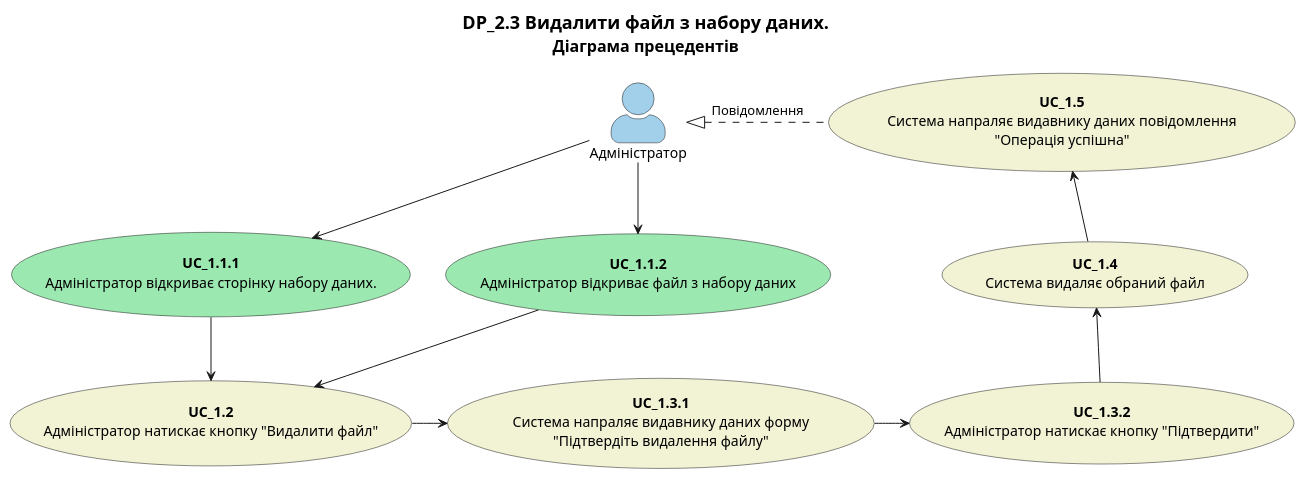
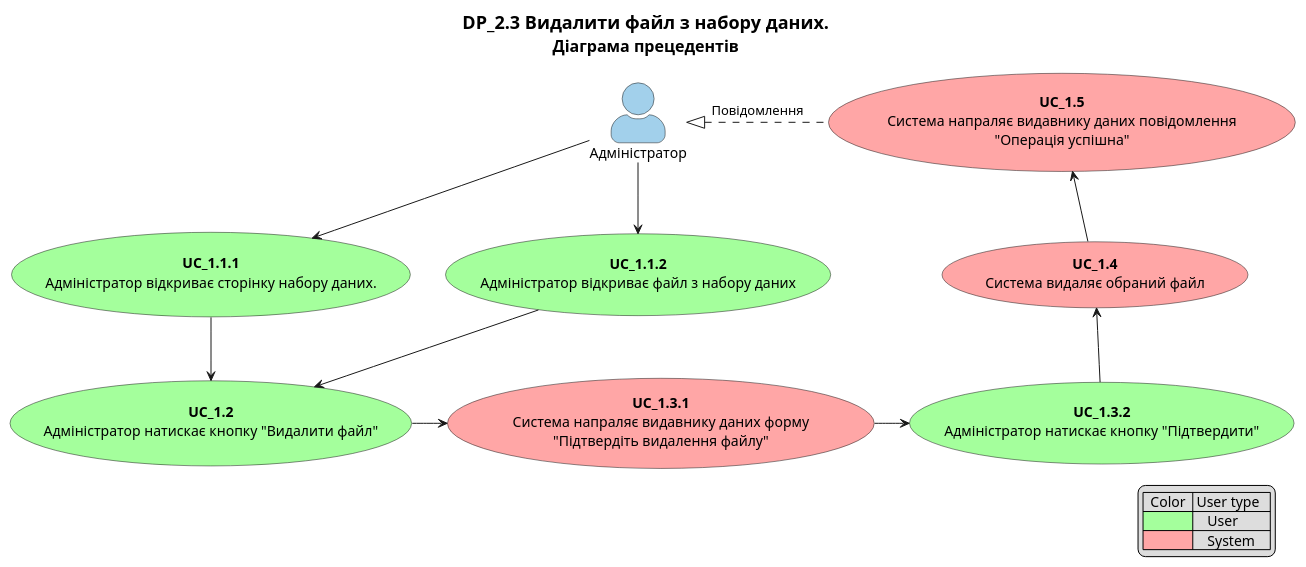
One commit to YanPetrov7/DB_REST_API changed diagram 13 of 16 in docs/use cases/README.md. Above: the diagram before and after it, drawn with PlantUML. The commit also changed other lines of this file, not shown here.

Commit message:
docs: use cases colors & legend

```diff
--- a/docs/use cases/README.md
+++ b/docs/use cases/README.md
@@ -628,30 +670,36 @@
 @startuml
 
     title
         <font size=18 color=black>DP_2.3 Видалити файл з набору даних.
         <font size=16 color=black>Діаграма прецедентів
     end title
 
+    legend right
+    |  Color  | User type   |
+    |<#a4ff9c>|    User     |
+    |<#ffa6a6>|    System   |
+    endlegend
+
     skinparam actorStyle awesome
     
     actor "Адміністратор" as User #a2d0eb
 
-    usecase "<b>UC_1.1.1</b>\nАдміністратор відкриває сторінку набору даних." as S1 #9be8b0
-    usecase "<b>UC_1.1.2</b>\nАдміністратор відкриває файл з набору даних" as S2 #9be8b0
-    usecase "<b>UC_1.2</b>\nАдміністратор натискає кнопку "Видалити файл"" as S3 #f2f2d5
-    usecase "<b>UC_1.3.1</b>\nСистема напраляє видавнику даних форму\n"Підтвердіть видалення файлу"" as S4 #f2f2d5
-    usecase "<b>UC_1.3.2</b>\nАдміністратор натискає кнопку "Підтвердити"" as S5 #f2f2d5
-    usecase "<b>UC_1.4</b>\nСистема видаляє обраний файл" as S6 #f2f2d5
-    usecase "<b>UC_1.5</b>\nСистема напраляє видавнику даних повідомлення\n"Операція успішна"" as S7 #f2f2d5
+    usecase "<b>UC_1.1.1</b>\nАдміністратор відкриває сторінку набору даних." as S1 #a4ff9c
+    usecase "<b>UC_1.1.2</b>\nАдміністратор відкриває файл з набору даних" as S2 #a4ff9c
+    usecase "<b>UC_1.2</b>\nАдміністратор натискає кнопку "Видалити файл"" as S3 #a4ff9c
+    usecase "<b>UC_1.3.1</b>\nСистема напраляє видавнику даних форму\n"Підтвердіть видалення файлу"" as S4 #ffa6a6
+    usecase "<b>UC_1.3.2</b>\nАдміністратор натискає кнопку "Підтвердити"" as S5 #a4ff9c
+    usecase "<b>UC_1.4</b>\nСистема видаляє обраний файл" as S6 #ffa6a6
+    usecase "<b>UC_1.5</b>\nСистема напраляє видавнику даних повідомлення\n"Операція успішна"" as S7 #ffa6a6
 
     User -down-> S1
     User -down-> S2
     S1 -down-> S3
     S2 -down-> S3
     S3 -right-> S4
     S4 -right-> S5
     S5-up-> S6
     S6 -up-> S7
     S7 -left.|> User : Повідомлення
     
 @enduml
```
